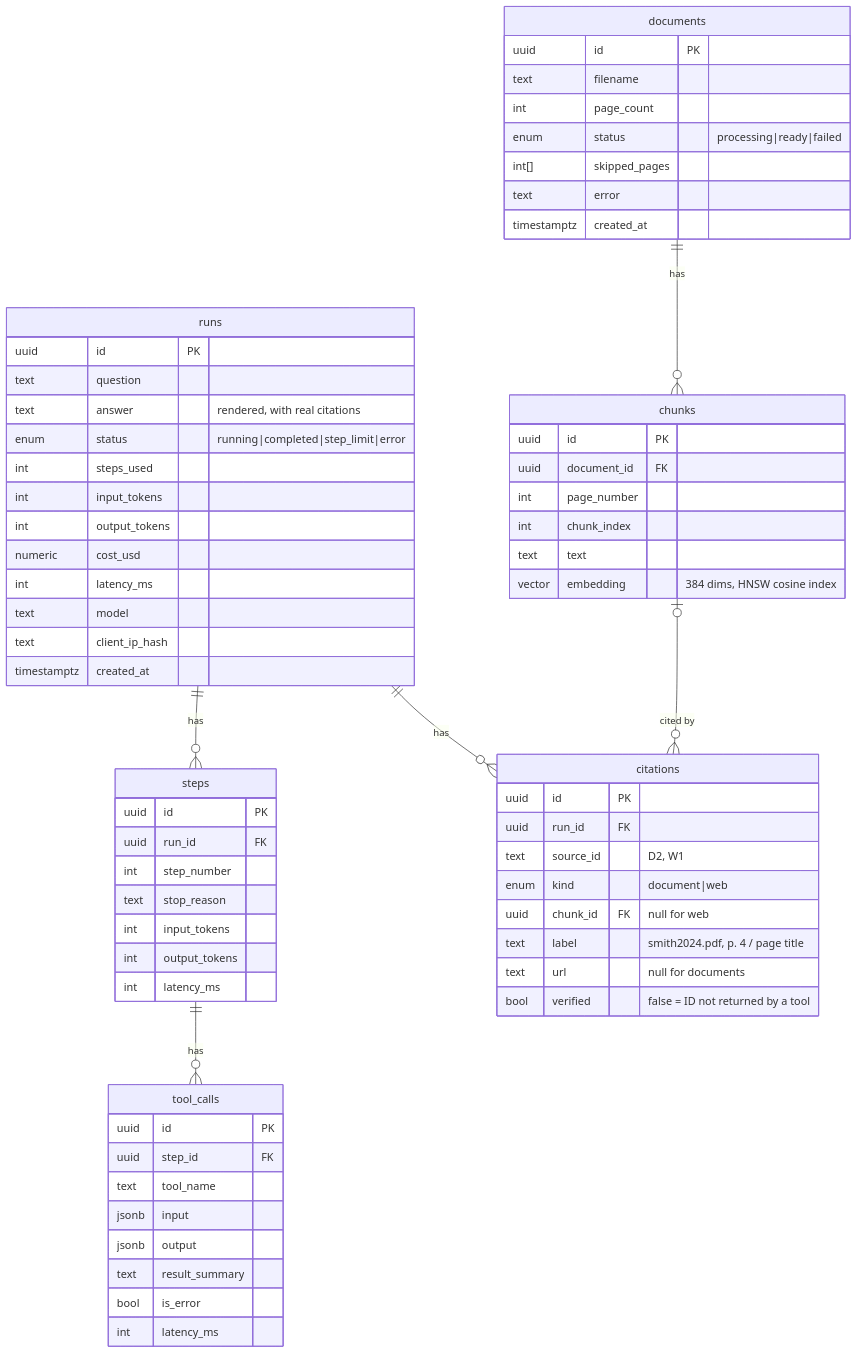
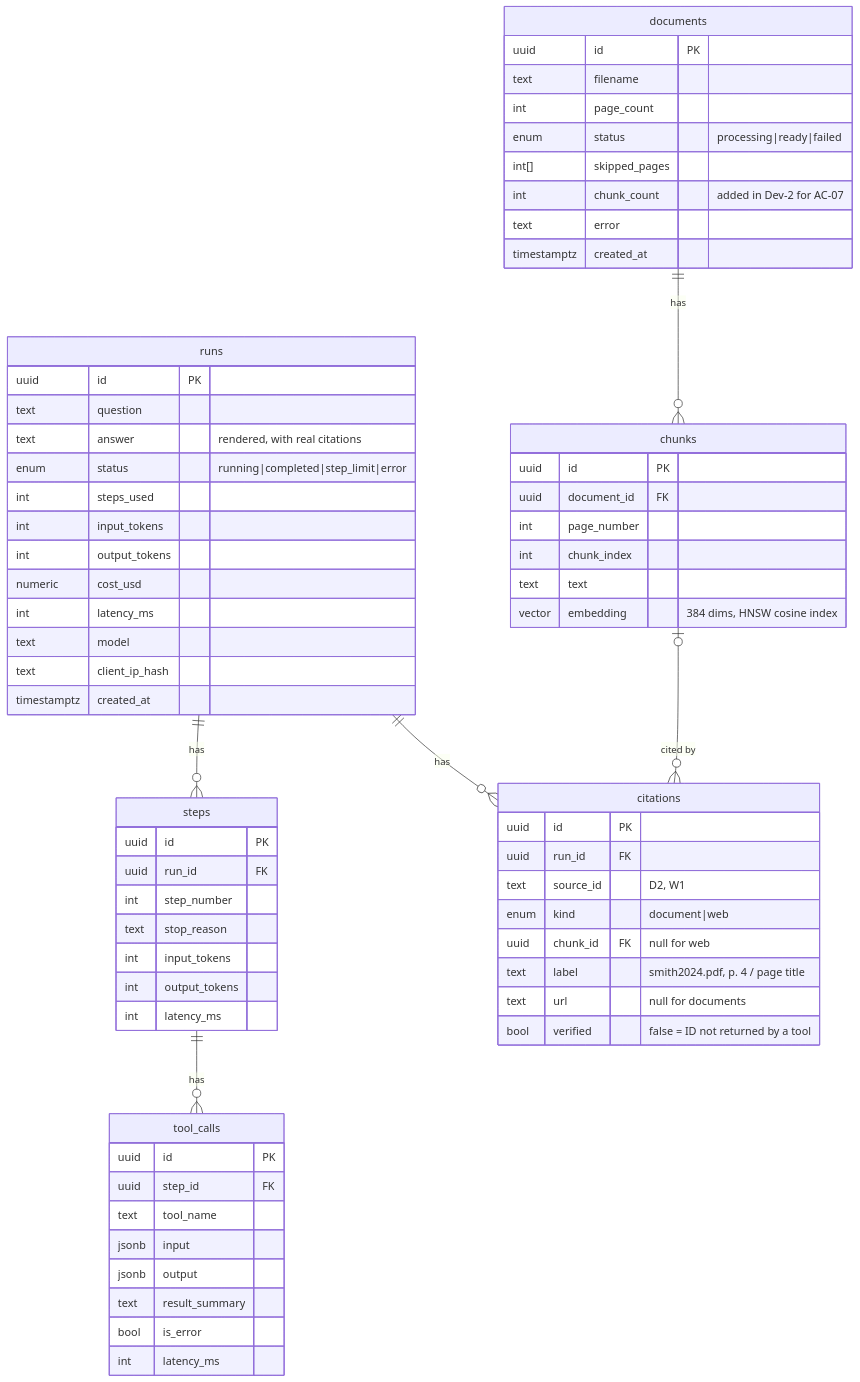
One commit to M0usli/cite-agent changed the third of 3 diagrams in docs/2-design/design.md. Above: the diagram before and after it, drawn with Mermaid. The commit also changed 31 other files, not shown here.

````diff
--- a/docs/2-design/design.md
+++ b/docs/2-design/design.md
@@ -132,69 +132,70 @@
 ```mermaid
 erDiagram
     documents ||--o{ chunks : has
     runs ||--o{ steps : has
     steps ||--o{ tool_calls : has
     runs ||--o{ citations : has
     chunks |o--o{ citations : "cited by"
 
     documents {
         uuid id PK
         text filename
         int page_count
         enum status "processing|ready|failed"
         int[] skipped_pages
+        int chunk_count "added in Dev-2 for AC-07"
         text error
         timestamptz created_at
     }
     chunks {
         uuid id PK
         uuid document_id FK
         int page_number
         int chunk_index
         text text
         vector embedding "384 dims, HNSW cosine index"
     }
     runs {
         uuid id PK
         text question
         text answer "rendered, with real citations"
         enum status "running|completed|step_limit|error"
         int steps_used
         int input_tokens
         int output_tokens
         numeric cost_usd
         int latency_ms
         text model
         text client_ip_hash
         timestamptz created_at
     }
     steps {
         uuid id PK
         uuid run_id FK
         int step_number
         text stop_reason
         int input_tokens
         int output_tokens
         int latency_ms
     }
     tool_calls {
         uuid id PK
         uuid step_id FK
         text tool_name
         jsonb input
         jsonb output
         text result_summary
         bool is_error
         int latency_ms
     }
     citations {
         uuid id PK
         uuid run_id FK
         text source_id "D2, W1"
         enum kind "document|web"
         uuid chunk_id FK "null for web"
         text label "smith2024.pdf, p. 4 / page title"
         text url "null for documents"
         bool verified "false = ID not returned by a tool"
     }
 ```
````
